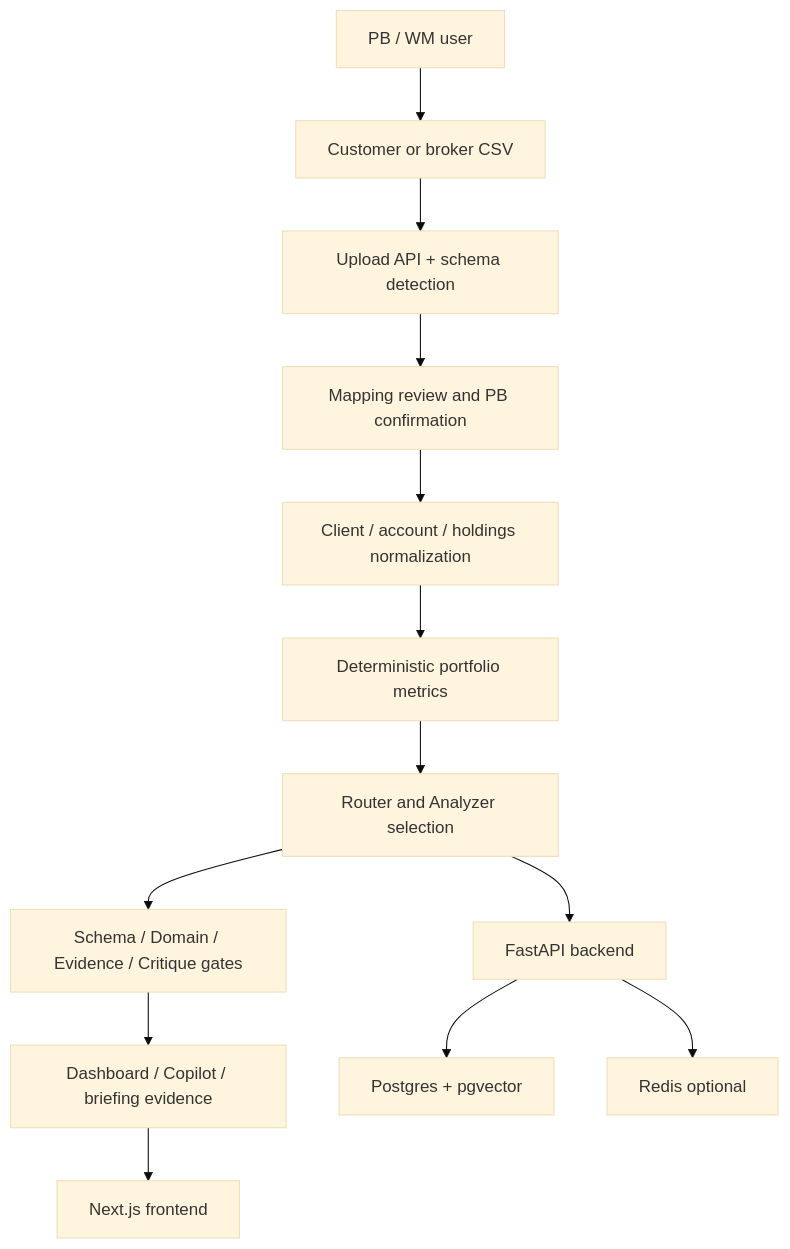
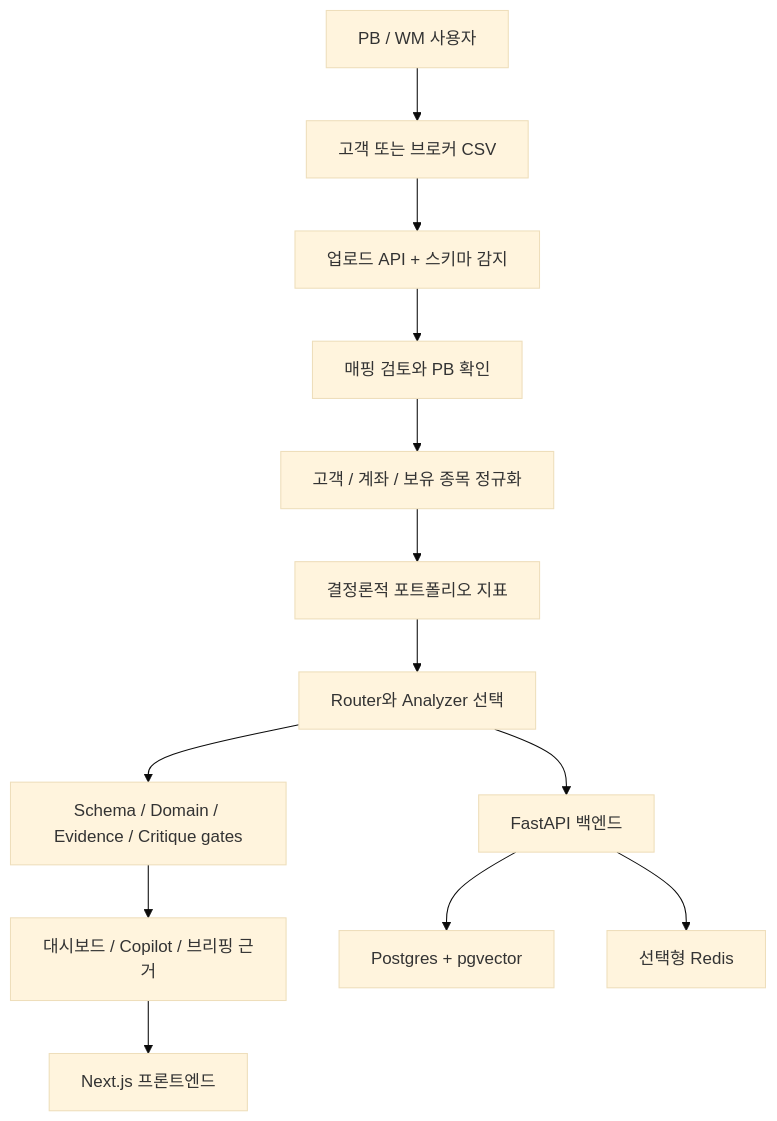
One commit to pentacon-dashboard/hacker-dashboard changed the diagram in README.md. Above: the diagram before and after it, drawn with Mermaid (base theme). The commit also changed other lines of this file, not shown here.

````diff
--- a/README.md
+++ b/README.md
@@ -81,16 +81,16 @@
 ```mermaid
 graph TB
-    PB["PB / WM user"] --> CSV["Customer or broker CSV"]
-    CSV --> Upload["Upload API + schema detection"]
-    Upload --> Review["Mapping review and PB confirmation"]
-    Review --> Normalize["Client / account / holdings normalization"]
-    Normalize --> Metrics["Deterministic portfolio metrics"]
-    Metrics --> Router["Router and Analyzer selection"]
+    PB["PB / WM 사용자"] --> CSV["고객 또는 브로커 CSV"]
+    CSV --> Upload["업로드 API + 스키마 감지"]
+    Upload --> Review["매핑 검토와 PB 확인"]
+    Review --> Normalize["고객 / 계좌 / 보유 종목 정규화"]
+    Normalize --> Metrics["결정론적 포트폴리오 지표"]
+    Metrics --> Router["Router와 Analyzer 선택"]
     Router --> Gates["Schema / Domain / Evidence / Critique gates"]
-    Gates --> UI["Dashboard / Copilot / briefing evidence"]
+    Gates --> UI["대시보드 / Copilot / 브리핑 근거"]
 
-    UI --> FE["Next.js frontend"]
-    Router --> BE["FastAPI backend"]
+    UI --> FE["Next.js 프론트엔드"]
+    Router --> BE["FastAPI 백엔드"]
     BE --> DB["Postgres + pgvector"]
-    BE --> Cache["Redis optional"]
+    BE --> Cache["선택형 Redis"]
 ```
````
